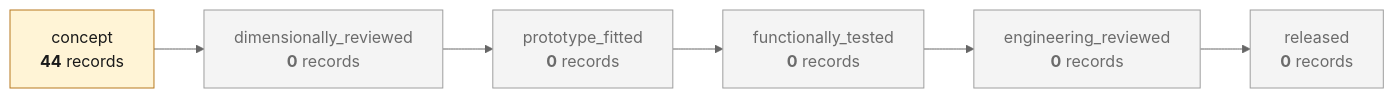
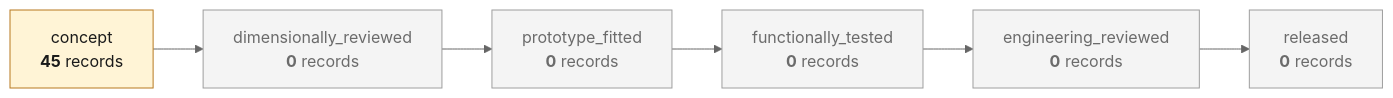
One commit to cluster2600/porscheparts changed the fourth of 5 diagrams in docs/ENGINEERING_OVERVIEW.md. Above: the diagram before and after it, drawn with Mermaid (neutral theme). The commit also changed other lines of this file and 51 other files, not shown here.

````diff
--- a/docs/ENGINEERING_OVERVIEW.md
+++ b/docs/ENGINEERING_OVERVIEW.md
@@ -544,18 +545,18 @@
 ```mermaid
 flowchart LR
-    L0["concept<br/><b>44</b> records"]
+    L0["concept<br/><b>45</b> records"]
     L1["dimensionally_reviewed<br/><b>0</b> records"]
     L2["prototype_fitted<br/><b>0</b> records"]
     L3["functionally_tested<br/><b>0</b> records"]
     L4["engineering_reviewed<br/><b>0</b> records"]
     L5["released<br/><b>0</b> records"]
     L0 --> L1 --> L2 --> L3 --> L4 --> L5
     classDef here fill:#fff4d6,stroke:#b7791f,color:#1a1a1a;
     classDef empty fill:#f4f4f4,stroke:#9e9e9e,color:#6b6b6b;
     class L0 here
     class L1 empty
     class L2 empty
     class L3 empty
     class L4 empty
     class L5 empty
 ```
````
